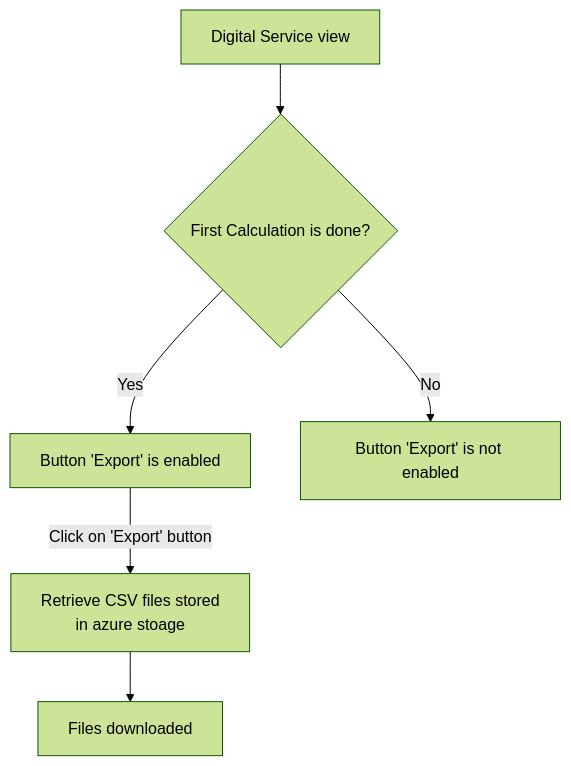
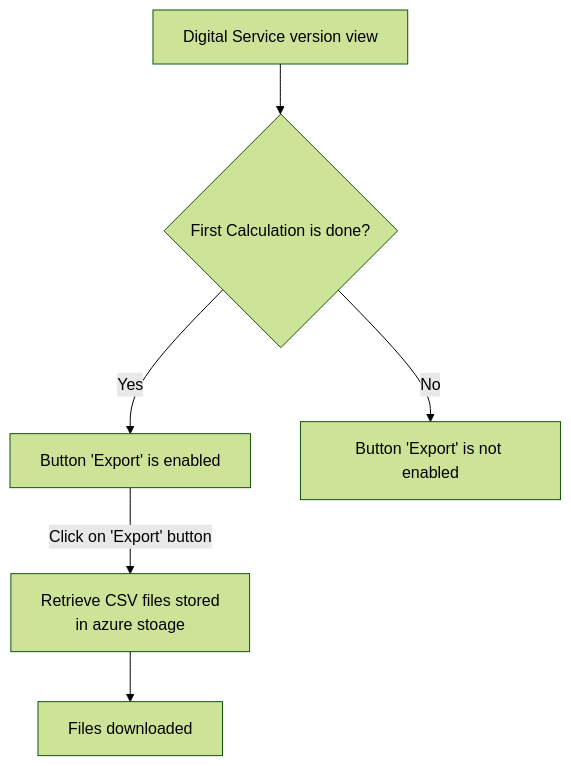
The first of 2 diagrams in services/documentation/content/2-functional-documentation/use_cases/uc_digital_services/uc6_export_digital_service.md (teamg4it/g4it), drawn with Mermaid (forest theme) before and after one commit. The commit also changed other lines of this file and 42 other files, not shown here.

```diff
--- a/services/documentation/content/2-functional-documentation/use_cases/uc_digital_services/uc6_export_digital_service.md
+++ b/services/documentation/content/2-functional-documentation/use_cases/uc_digital_services/uc6_export_digital_service.md
@@ -30,8 +30,8 @@
 {{< mermaid align="center">}}
 graph TD;
-Step1[Digital Service view] --> Decision1{First Calculation is done?}
+Step1[Digital Service version view] --> Decision1{First Calculation is done?}
 Decision1-->|Yes|Step2[Button 'Export' is enabled]
 Decision1-->|No|Step3[Button 'Export' is not enabled]
 Step2-->|Click on 'Export' button|Step4[Retrieve CSV files stored<br> in azure stoage] --> Step5[Files downloaded]
 
 {{</ mermaid >}}
```
